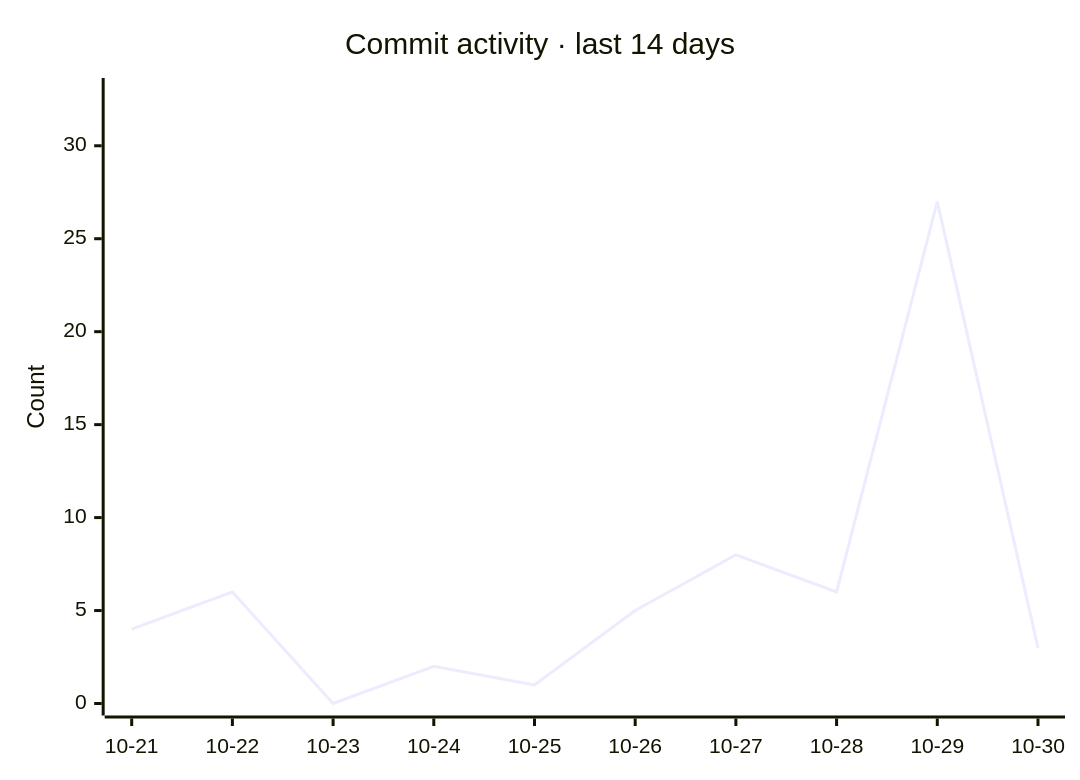
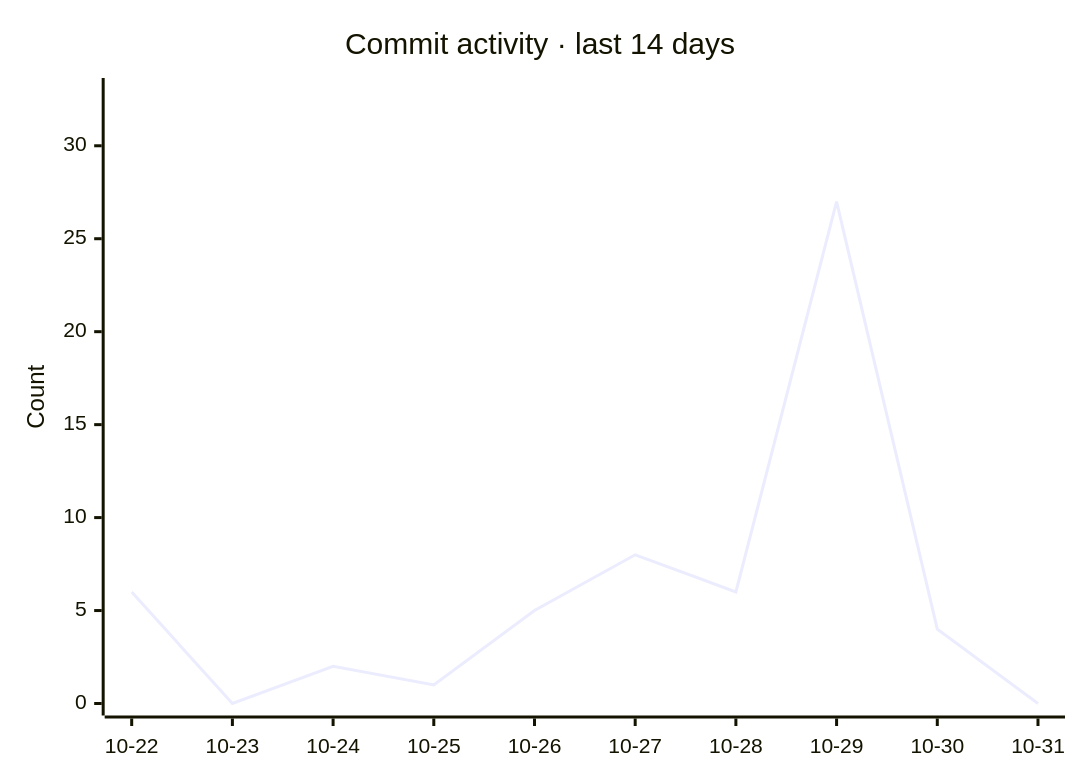
Before and after one commit to razzaqinspires/whiskay-bot: the second of 2 diagrams in README.md, drawn with Mermaid. The commit also changed other lines of this file and 2 other files, not shown here.

Commit message:
chore(metrics): refresh GitHub traffic and update timestamp [skip ci]

````diff
--- a/README.md
+++ b/README.md
@@ -329,7 +329,7 @@
 ```mermaid
 xychart-beta
     title "Commit activity · last 14 days"
-    x-axis ["10-21", "10-22", "10-23", "10-24", "10-25", "10-26", "10-27", "10-28", "10-29", "10-30"]
+    x-axis ["10-22", "10-23", "10-24", "10-25", "10-26", "10-27", "10-28", "10-29", "10-30", "10-31"]
     y-axis "Count" 0 --> 33
-    line [4, 6, 0, 2, 1, 5, 8, 6, 27, 3]
+    line [6, 0, 2, 1, 5, 8, 6, 27, 4, 0]
 ```
````
